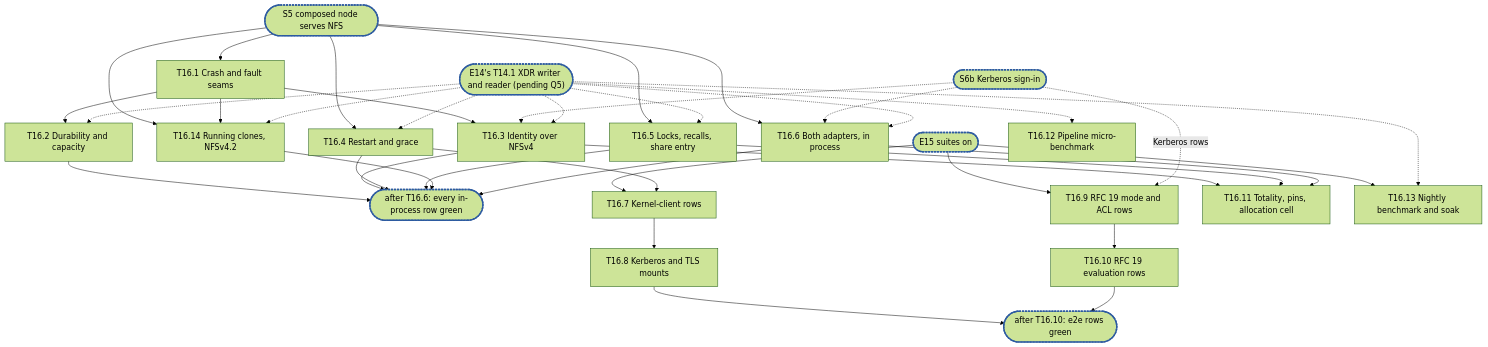
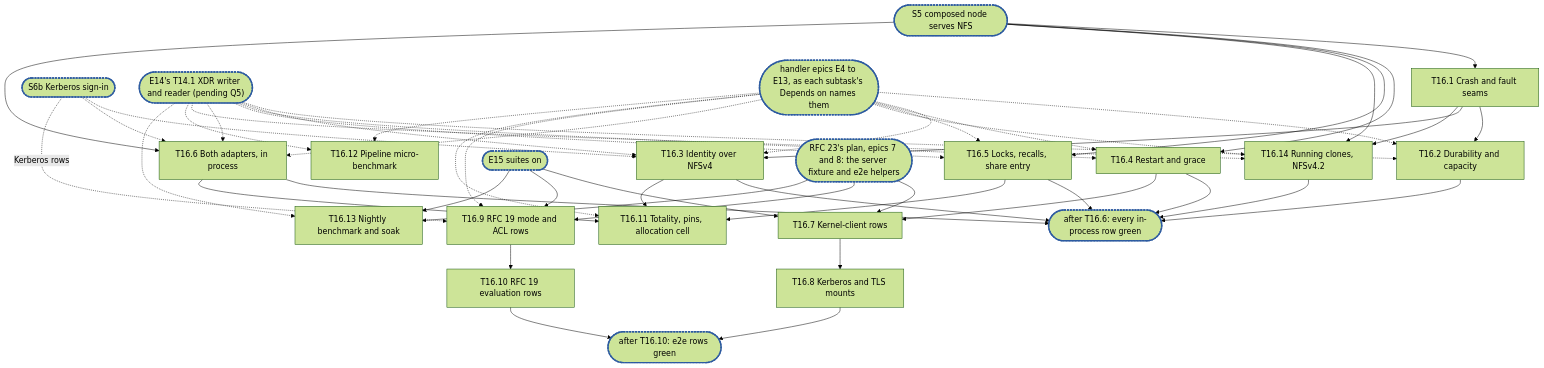
The diagram in .planning/rfc-21-nfs-epic16.md (cubbit/dittofs), drawn with Mermaid (forest theme) before and after one commit. The commit also changed other lines of this file, not shown here.

Commit message:
docs(planning): answer Lucian's review of RFC 21 epic 16

````diff
--- a/.planning/rfc-21-nfs-epic16.md
+++ b/.planning/rfc-21-nfs-epic16.md
@@ -793,26 +793,28 @@
 ```mermaid
 flowchart TD
   S5(["S5 composed node serves NFS"]):::sync --> T16_1["T16.1 Crash and fault seams"]
   T16_1 --> T16_2["T16.2 Durability and capacity"]
   T16_1 --> T16_3["T16.3 Identity over NFSv4"]
   S6b(["S6b Kerberos sign-in"]):::sync -.-> T16_3
   S5 --> T16_4["T16.4 Restart and grace"]
   S5 --> T16_5["T16.5 Locks, recalls, share entry"]
   S5 --> T16_14["T16.14 Running clones, NFSv4.2"]
   T16_1 --> T16_14
   S5 --> T16_6["T16.6 Both adapters, in process"]
   S6b -.-> T16_6
   T16_2 & T16_3 & T16_4 & T16_5 & T16_14 & T16_6 --> C1(["after T16.6: every in-process row green"]):::sync
   E15(["E15 suites on"]):::sync --> T16_7["T16.7 Kernel-client rows"]
   T16_4 --> T16_7
   T16_7 --> T16_8["T16.8 Kerberos and TLS mounts"]
   E15 --> T16_9["T16.9 RFC 19 mode and ACL rows"] --> T16_10["T16.10 RFC 19 evaluation rows"]
   S6b -. "Kerberos rows" .-> T16_9
   T16_8 & T16_10 --> C2(["after T16.10: e2e rows green"]):::sync
   T14_1(["E14's T14.1 XDR writer and reader (pending Q5)"]):::sync -.-> T16_2 & T16_3 & T16_4 & T16_5 & T16_6 & T16_14
   T16_3 & T16_5 & T16_6 --> T16_11["T16.11 Totality, pins, allocation cell"]
   T14_1 -.-> T16_12["T16.12 Pipeline micro-benchmark"]
   E15 --> T16_13["T16.13 Nightly benchmark and soak"]
   T14_1 -.-> T16_13
+  EH(["handler epics E4 to E13, as each subtask's Depends on names them"]):::sync -.-> T16_2 & T16_3 & T16_4 & T16_5 & T16_14 & T16_6 & T16_9 & T16_11 & T16_12
+  R23(["RFC 23's plan, epics 7 and 8: the server fixture and e2e helpers"]):::sync --> T16_7 & T16_9 & T16_13
   classDef sync stroke:#2c5aa0,stroke-width:3px,stroke-dasharray:4 2
 ```
````
